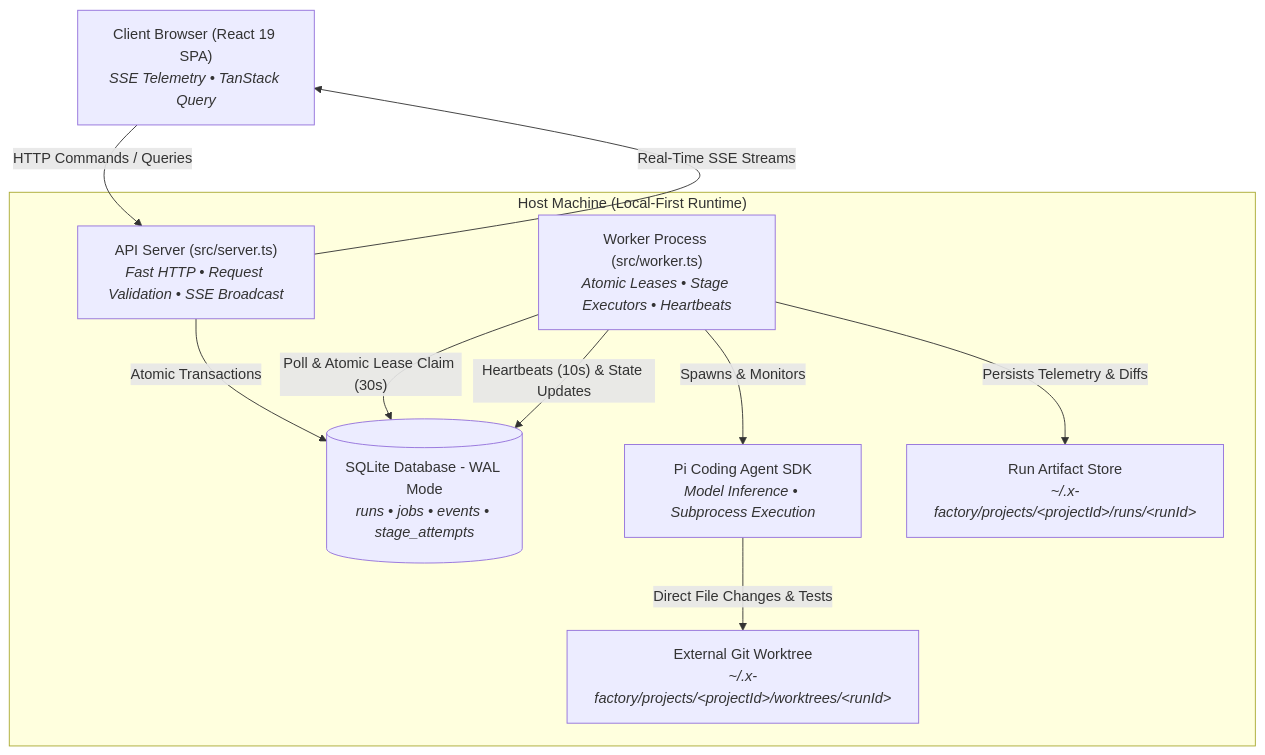
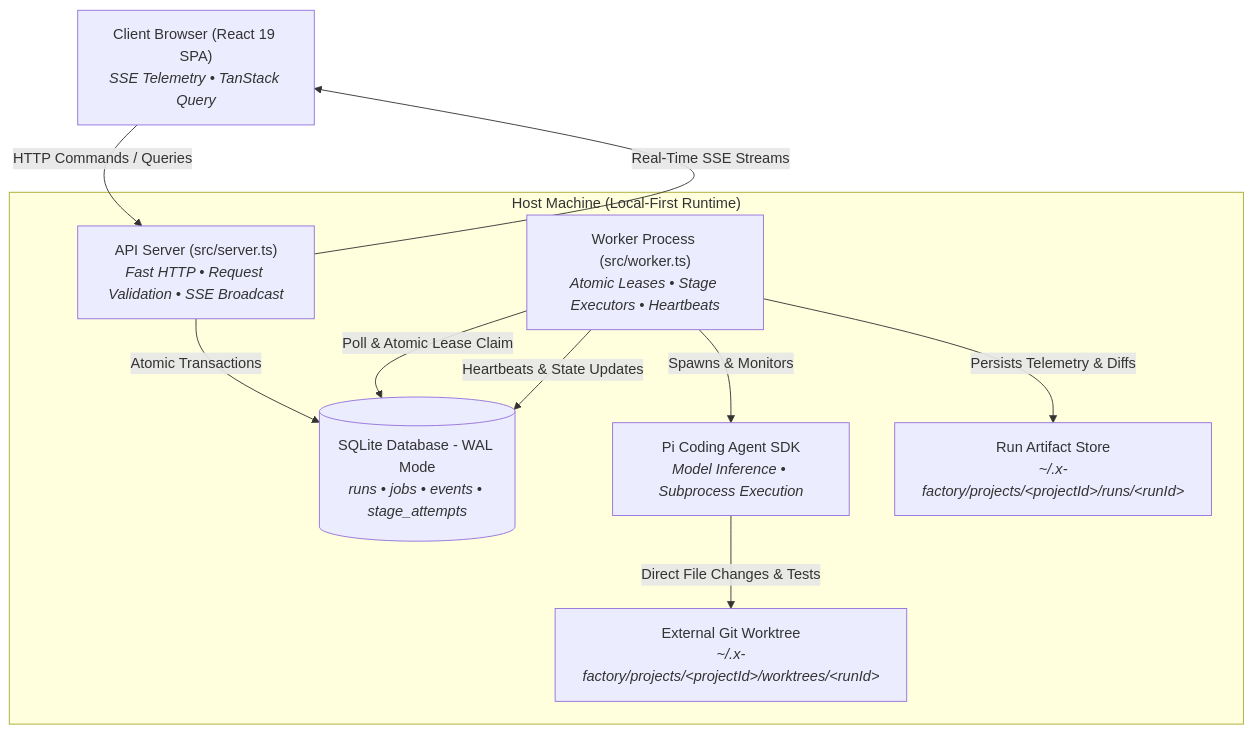
Before and after one commit to tkz96/x-factory: the first of 2 diagrams in README.md, drawn with Mermaid. The commit also changed other lines of this file, not shown here.

Commit message:
docs: leave the lease timings to their one owner
The 30 s / 10 s numbers lived in three documents. Process boundaries owns them;
the README now links there instead of repeating them.

````diff
--- a/README.md
+++ b/README.md
@@ -26,22 +26,22 @@
 ```mermaid
 graph TD
     User["Client Browser (React 19 SPA)<br/><i>SSE Telemetry • TanStack Query</i>"]
     
     subgraph Host["Host Machine (Local-First Runtime)"]
         API["API Server (src/server.ts)<br/><i>Fast HTTP • Request Validation • SSE Broadcast</i>"]
         DB[(SQLite Database - WAL Mode<br/><i>runs • jobs • events • stage_attempts</i>)]
         Worker["Worker Process (src/worker.ts)<br/><i>Atomic Leases • Stage Executors • Heartbeats</i>"]
         Pi["Pi Coding Agent SDK<br/><i>Model Inference • Subprocess Execution</i>"]
         Worktree["External Git Worktree<br/><i>~/.x-factory/projects/&lt;projectId&gt;/worktrees/&lt;runId&gt;</i>"]
         Artifacts["Run Artifact Store<br/><i>~/.x-factory/projects/&lt;projectId&gt;/runs/&lt;runId&gt;</i>"]
     end
 
     User -->|"HTTP Commands / Queries"| API
     API -->|"Real-Time SSE Streams"| User
     API -->|"Atomic Transactions"| DB
-    Worker -->|"Poll & Atomic Lease Claim (30s)"| DB
-    Worker -->|"Heartbeats (10s) & State Updates"| DB
+    Worker -->|"Poll & Atomic Lease Claim"| DB
+    Worker -->|"Heartbeats & State Updates"| DB
     Worker -->|"Spawns & Monitors"| Pi
     Pi -->|"Direct File Changes & Tests"| Worktree
     Worker -->|"Persists Telemetry & Diffs"| Artifacts
 ```
````
